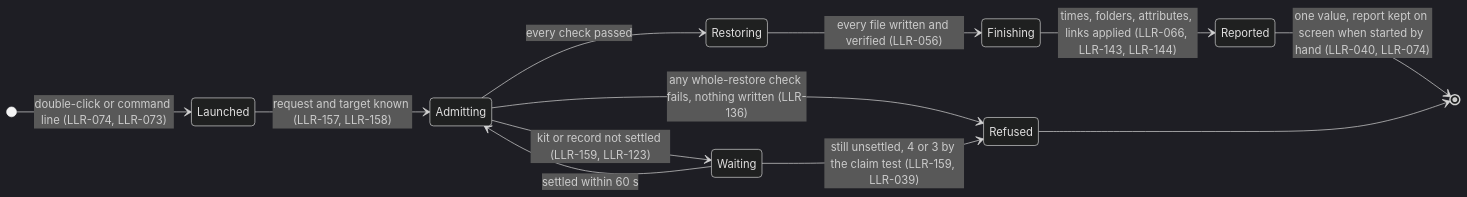
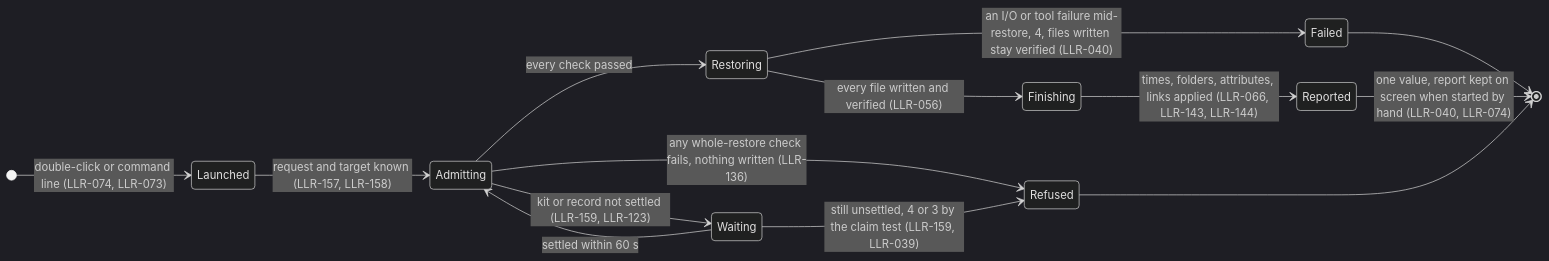
Before and after one commit to diytechy/FileBackup: the fifth of 9 diagrams in docs/runtime-flows.md, drawn with Mermaid (dark theme). The commit also changed other lines of this file and 5 other files, not shown here.

````diff
--- a/docs/runtime-flows.md
+++ b/docs/runtime-flows.md
@@ -181,15 +189,17 @@
 ```mermaid
 stateDiagram-v2
     direction LR
     [*] --> Launched: double-click or command line (LLR-074, LLR-073)
     Launched --> Admitting: request and target known (LLR-157, LLR-158)
     Admitting --> Refused: any whole-restore check fails, nothing written (LLR-136)
     Admitting --> Waiting: kit or record not settled (LLR-159, LLR-123)
     Waiting --> Admitting: settled within 60 s
     Waiting --> Refused: still unsettled, 4 or 3 by the claim test (LLR-159, LLR-039)
     Admitting --> Restoring: every check passed
     Restoring --> Finishing: every file written and verified (LLR-056)
+    Restoring --> Failed: an I/O or tool failure mid-restore, 4, files written stay verified (LLR-040)
+    Failed --> [*]
     Finishing --> Reported: times, folders, attributes, links applied (LLR-066, LLR-143, LLR-144)
     Reported --> [*]: one value, report kept on screen when started by hand (LLR-040, LLR-074)
     Refused --> [*]
 ```
````
